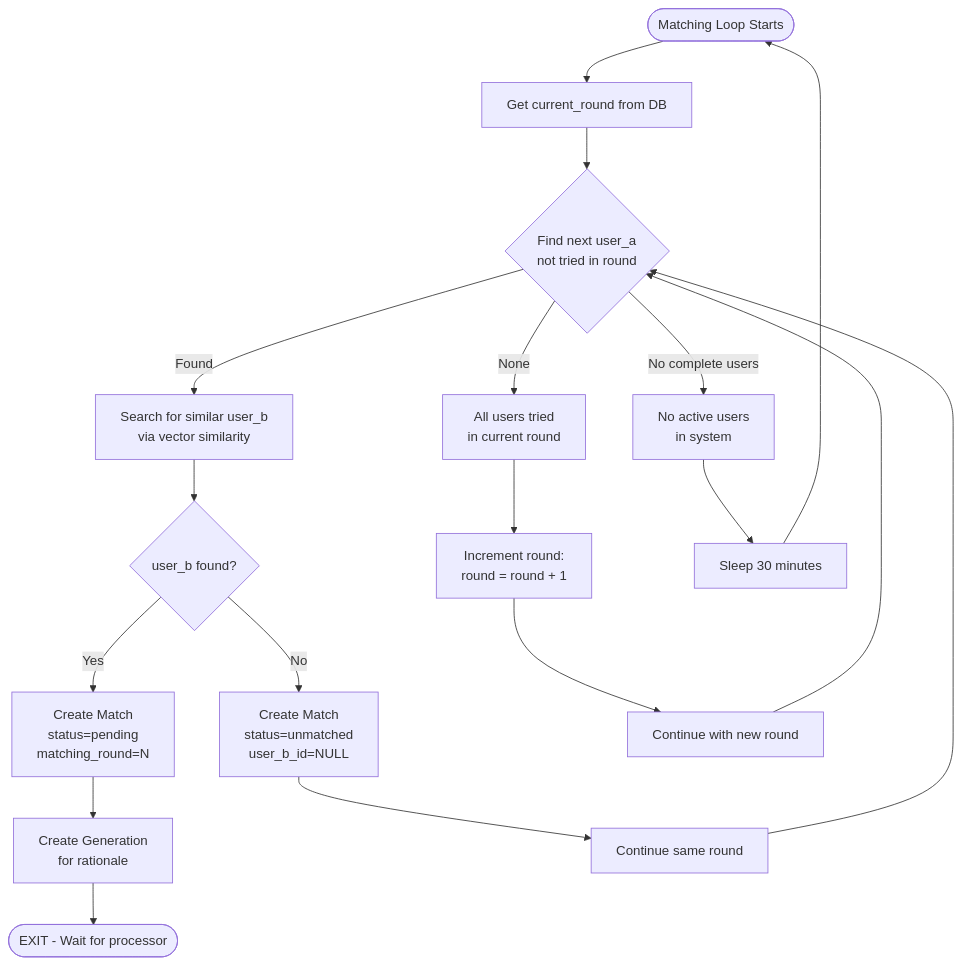
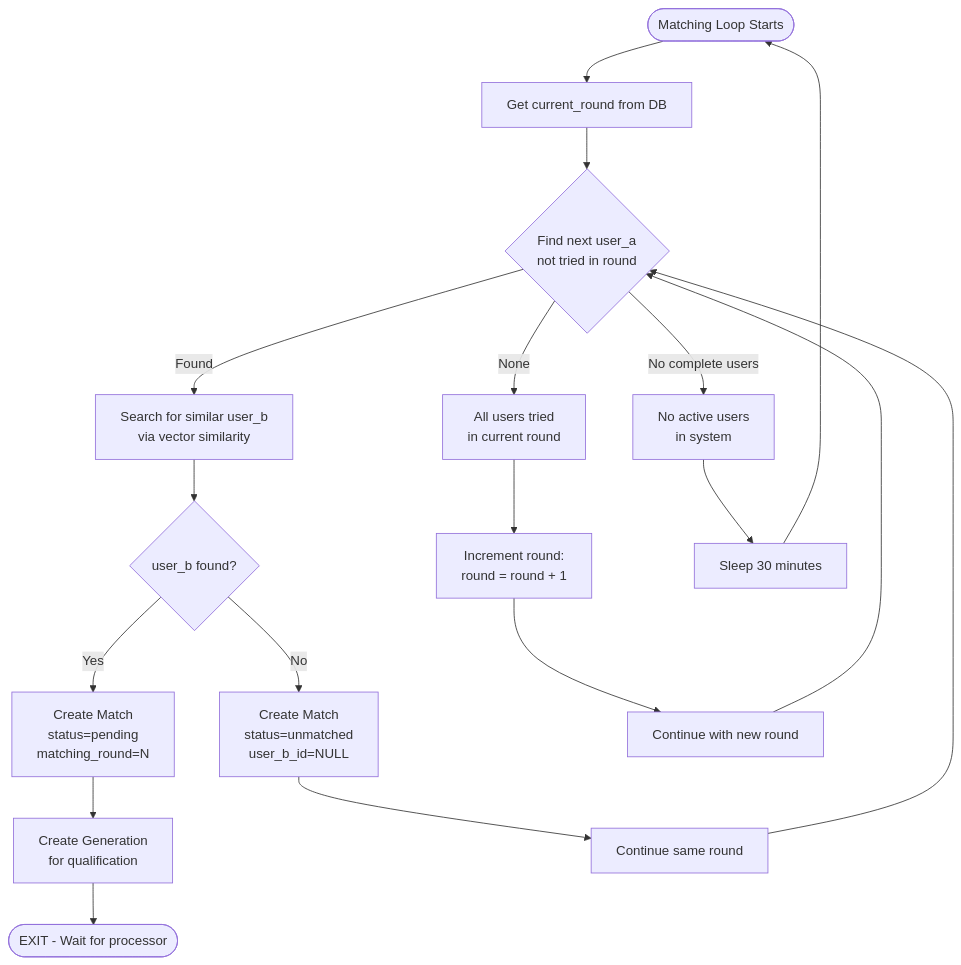
One commit to vzakharov/mitko changed the second of 5 diagrams in README.md. Above: the diagram before and after it, drawn with Mermaid. The commit also changed other lines of this file and 7 other files, not shown here.

First line of the commit message:
feat: transform RationaleAgent into QualifierAgent with match qualification

````diff
--- a/README.md
+++ b/README.md
@@ -64,25 +67,25 @@
 ```mermaid
 flowchart TD
     Start([Matching Loop Starts]) --> GetRound[Get current_round from DB]
     GetRound --> FindUserA{Find next user_a<br/>not tried in round}
 
     FindUserA -->|Found| FindUserB[Search for similar user_b<br/>via vector similarity]
     FindUserB --> CheckUserB{user_b found?}
 
     CheckUserB -->|Yes| CreateMatch[Create Match<br/>status=pending<br/>matching_round=N]
-    CreateMatch --> CreateGen[Create Generation<br/>for rationale]
+    CreateMatch --> CreateGen[Create Generation<br/>for qualification]
     CreateGen --> Exit([EXIT - Wait for processor])
 
     CheckUserB -->|No| CreateUnmatched[Create Match<br/>status=unmatched<br/>user_b_id=NULL]
     CreateUnmatched --> Continue1[Continue same round]
     Continue1 --> FindUserA
 
     FindUserA -->|None| RoundExhausted[All users tried<br/>in current round]
     RoundExhausted --> AdvanceRound[Increment round:<br/>round = round + 1]
     AdvanceRound --> Continue2[Continue with new round]
     Continue2 --> FindUserA
 
     FindUserA -->|No complete users| AllMatched[No active users<br/>in system]
     AllMatched --> Sleep[Sleep 30 minutes]
     Sleep --> Start
 ```
````
